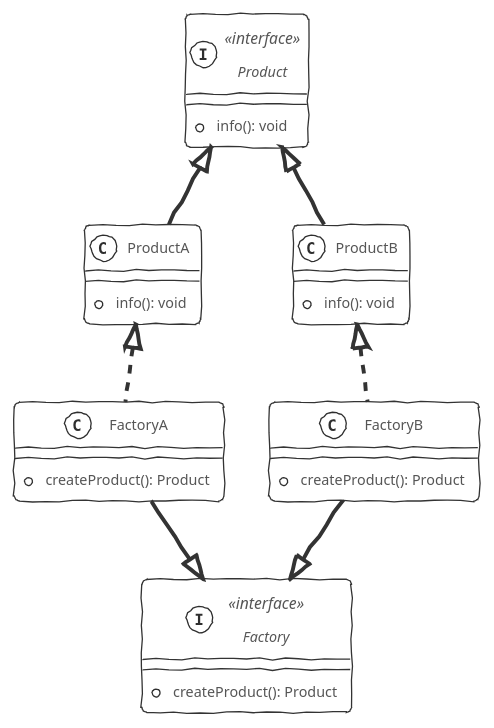
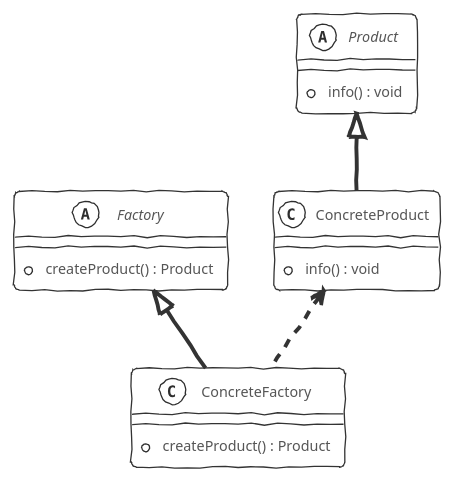
The diagram in source/_posts/DesignPatterns/factorymethod.md (xiahubs/xiahubs.github.io), drawn with PlantUML before and after one commit. The commit also changed 18 other files, not shown here.

```diff
--- a/source/_posts/DesignPatterns/factorymethod.md
+++ b/source/_posts/DesignPatterns/factorymethod.md
@@ -8,35 +8,28 @@
 {% plantuml %}
 !theme sketchy-outline
-interface Product << interface >> {
-  + info(): void
+
+abstract class Factory
+{
+  + createProduct() : Product
 }
 
-class ProductA {
-  + info(): void
+class ConcreteFactory
+{
+  + createProduct() : Product
 }
 
-class ProductB {
-  + info(): void
+abstract class Product
+{
+  + info() : void
 }
 
-class FactoryA {
-  + createProduct(): Product
+class ConcreteProduct
+{
+  + info() : void
 }
 
-class FactoryB {
-  + createProduct(): Product
-}
+Product <|-- ConcreteProduct
+Factory <|-- ConcreteFactory
+ConcreteProduct <.. ConcreteFactory
 
-interface Factory << interface >> {
-  + createProduct(): Product
-}
-
-Product <|-- ProductA
-Product <|-- ProductB
-
-ProductA <|.. FactoryA
-ProductB <|.. FactoryB
-
-FactoryA -down-|> Factory
-FactoryB -down-|> Factory
 {% endplantuml %}
```
